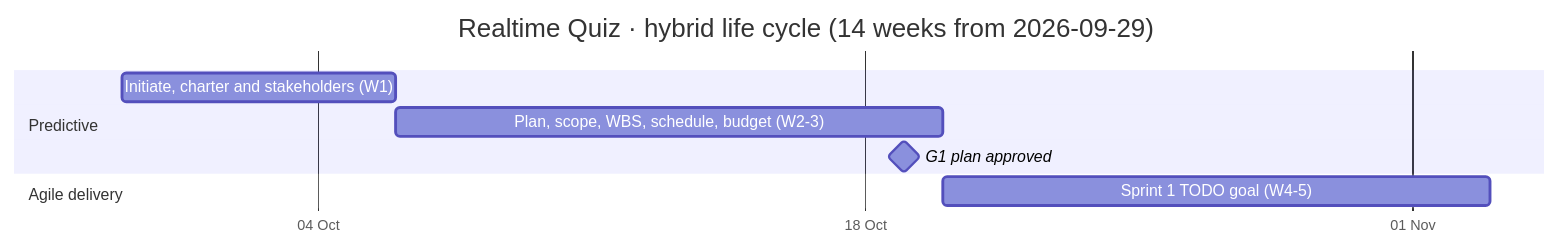
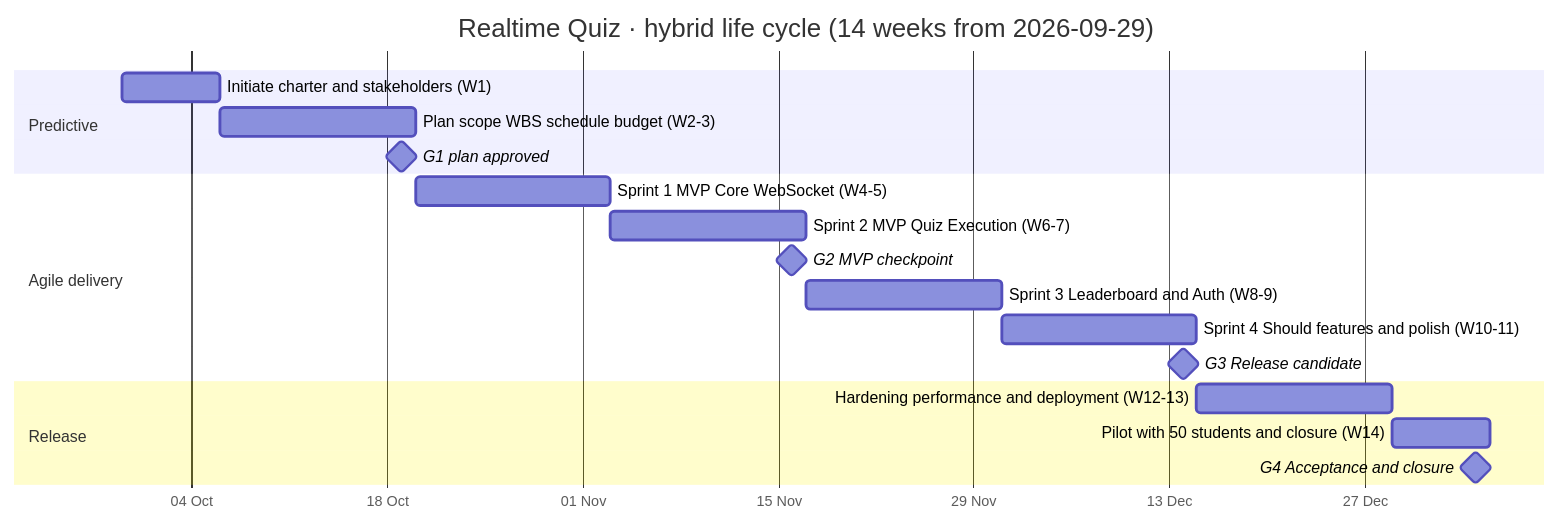
Before and after one commit to menhean0168-ctrl/IT-Project-Management_Team2: the diagram in lab03/life-cycle.mmd, drawn with Mermaid. The commit also changed 2 other files, not shown here.

Commit message:
lab03: complete Task 3 tailoring decision record and life cycle diagram

```diff
--- a/lab03/life-cycle.mmd
+++ b/lab03/life-cycle.mmd
@@ -1,15 +1,21 @@
 gantt
   title Realtime Quiz · hybrid life cycle (14 weeks from 2026-09-29)
   dateFormat YYYY-MM-DD
   axisFormat %d %b
   tickInterval 2week
   todayMarker off
   section Predictive
-  Initiate, charter and stakeholders (W1)   :p1, 2026-09-29, 7d
-  Plan, scope, WBS, schedule, budget (W2-3) :p2, after p1, 14d
-  G1 plan approved                          :milestone, m1, 2026-10-19, 0d
+  Initiate charter and stakeholders (W1)        :p1, 2026-09-29, 7d
+  Plan scope WBS schedule budget (W2-3)        :p2, after p1, 14d
+  G1 plan approved                             :milestone, m1, 2026-10-19, 0d
   section Agile delivery
-  Sprint 1 TODO goal (W4-5)                 :s1, 2026-10-20, 14d
-  %% TODO sprint 2, G2 after sprint 2, sprint 3, sprint 4, G3
+  Sprint 1 MVP Core WebSocket (W4-5)           :s1, 2026-10-20, 14d
+  Sprint 2 MVP Quiz Execution (W6-7)           :s2, after s1, 14d
+  G2 MVP checkpoint                            :milestone, m2, 2026-11-16, 0d
+  Sprint 3 Leaderboard and Auth (W8-9)         :s3, after s2, 14d
+  Sprint 4 Should features and polish (W10-11)  :s4, after s3, 14d
+  G3 Release candidate                         :milestone, m3, 2026-12-14, 0d
   section Release
-  %% TODO hardening (W12-13), pilot (W14), G4
+  Hardening performance and deployment (W12-13) :r1, after s4, 14d
+  Pilot with 50 students and closure (W14)     :r2, after r1, 7d
+  G4 Acceptance and closure                    :milestone, m4, 2027-01-04, 0d
```
